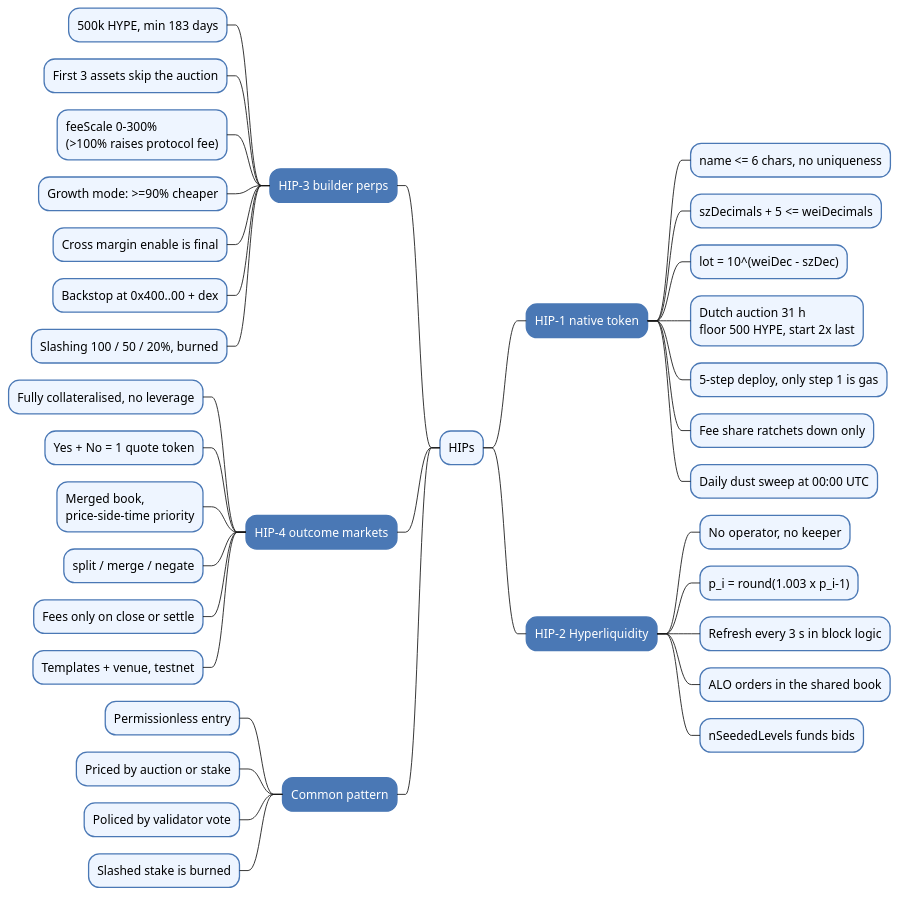
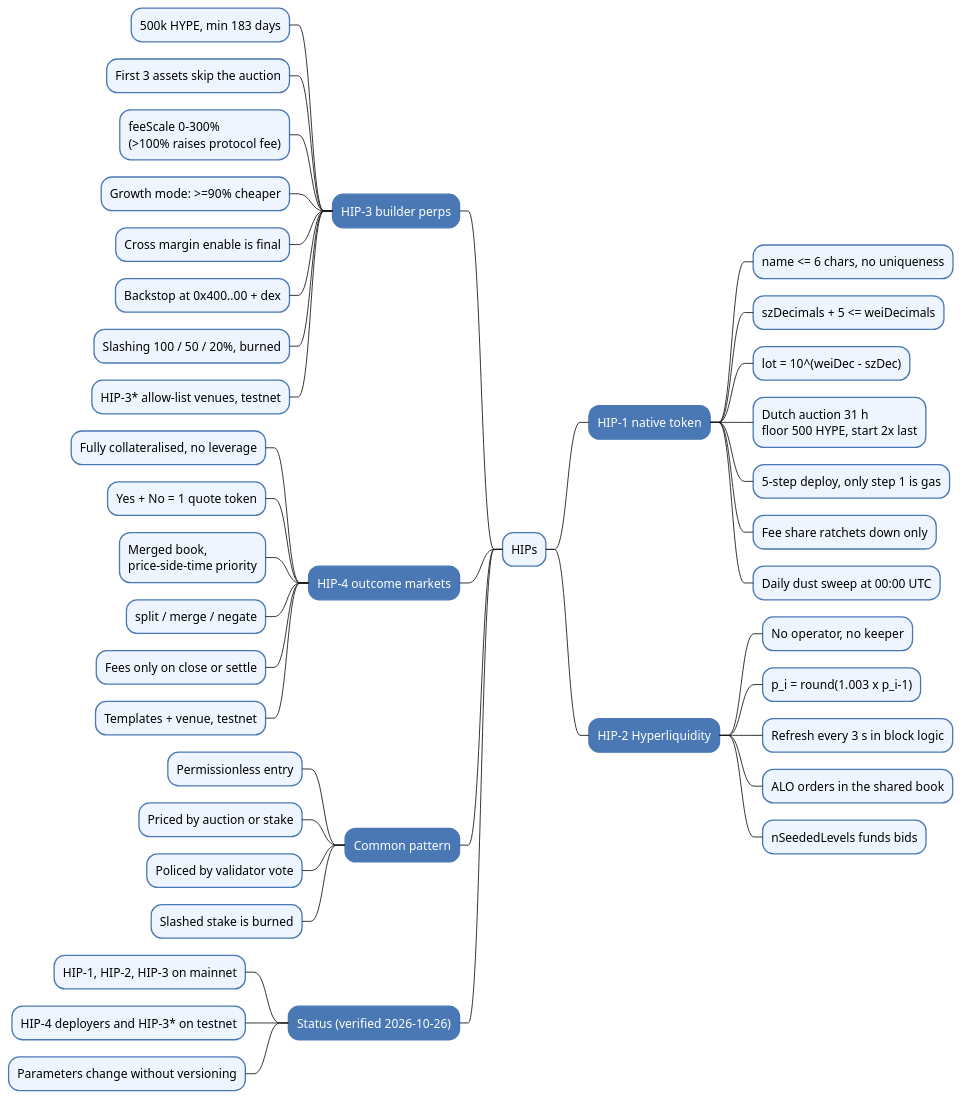
The diagram in assets/article/blockchain/hyperliquid/hyperliquid-hips.puml (rya-sge/access-denied), drawn with PlantUML before and after one commit. The commit also changed 16 other files, not shown here.

```diff
--- a/assets/article/blockchain/hyperliquid/hyperliquid-hips.puml
+++ b/assets/article/blockchain/hyperliquid/hyperliquid-hips.puml
@@ -1,50 +1,55 @@
 @startmindmap
 <style>
 mindmapDiagram {
   node {
     BackgroundColor #EEF5FF
     LineColor #4A78B5
   }
   :depth(1) {
     BackgroundColor #4A78B5
     FontColor white
   }
 }
 </style>
 * HIPs
 ** HIP-1 native token
 *** name <= 6 chars, no uniqueness
 *** szDecimals + 5 <= weiDecimals
 *** lot = 10^(weiDec - szDec)
 *** Dutch auction 31 h\nfloor 500 HYPE, start 2x last
 *** 5-step deploy, only step 1 is gas
 *** Fee share ratchets down only
 *** Daily dust sweep at 00:00 UTC
 ** HIP-2 Hyperliquidity
 *** No operator, no keeper
 *** p_i = round(1.003 x p_i-1)
 *** Refresh every 3 s in block logic
 *** ALO orders in the shared book
 *** nSeededLevels funds bids
 left side
 ** HIP-3 builder perps
 *** 500k HYPE, min 183 days
 *** First 3 assets skip the auction
 *** feeScale 0-300%\n(>100% raises protocol fee)
 *** Growth mode: >=90% cheaper
 *** Cross margin enable is final
 *** Backstop at 0x400..00 + dex
 *** Slashing 100 / 50 / 20%, burned
+*** HIP-3* allow-list venues, testnet
 ** HIP-4 outcome markets
 *** Fully collateralised, no leverage
 *** Yes + No = 1 quote token
 *** Merged book,\nprice-side-time priority
 *** split / merge / negate
 *** Fees only on close or settle
 *** Templates + venue, testnet
 ** Common pattern
 *** Permissionless entry
 *** Priced by auction or stake
 *** Policed by validator vote
 *** Slashed stake is burned
+** Status (verified 2026-10-26)
+*** HIP-1, HIP-2, HIP-3 on mainnet
+*** HIP-4 deployers and HIP-3* on testnet
+*** Parameters change without versioning
 @endmindmap
```
